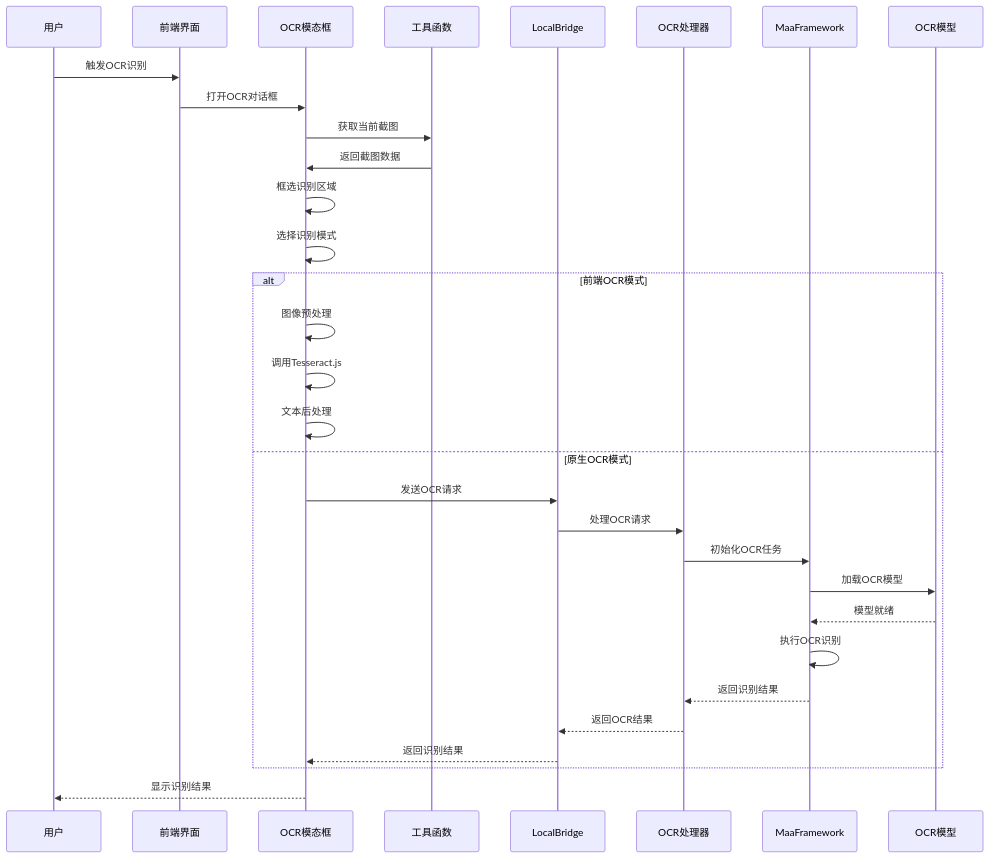
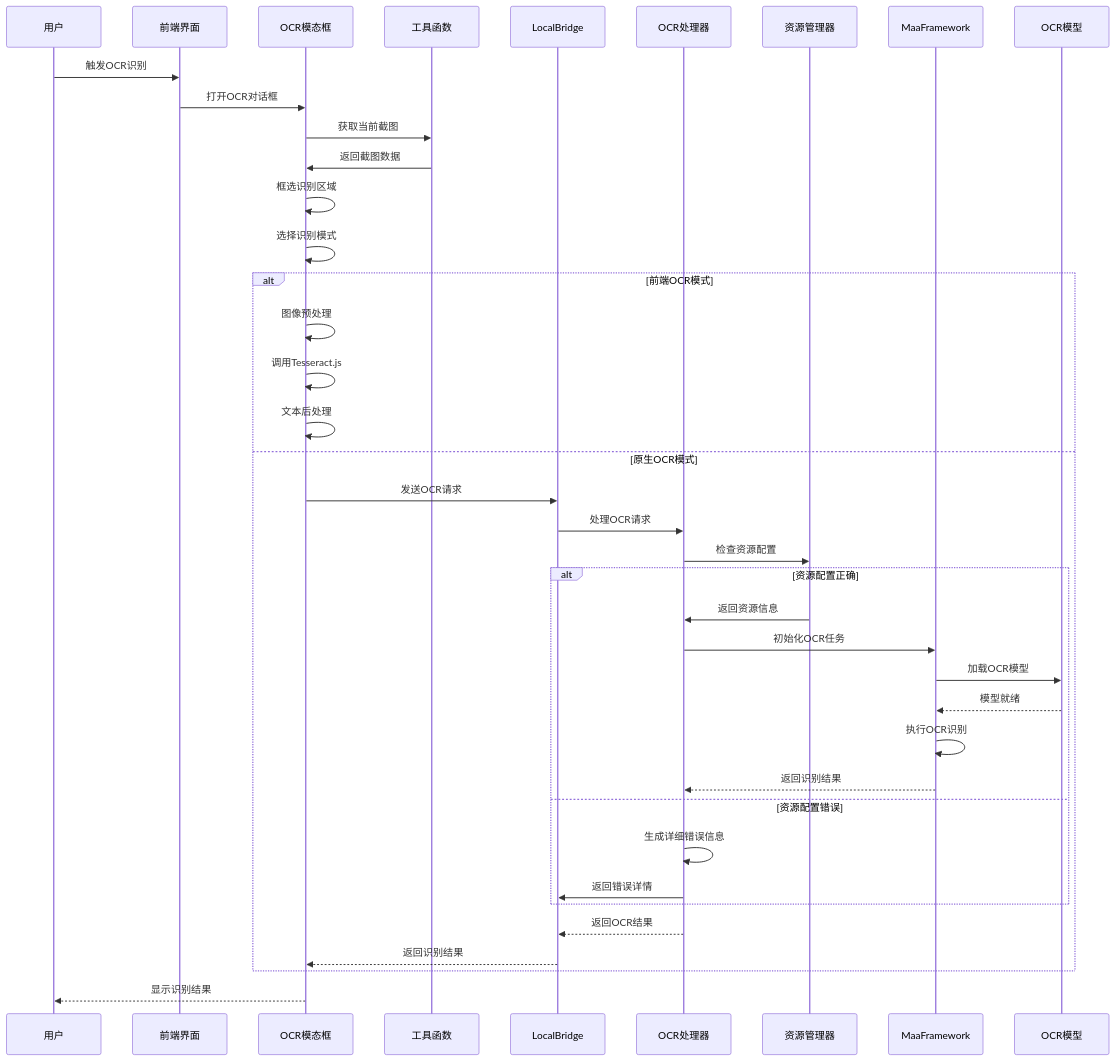
Before and after one commit to kqcoxn/MaaPipelineEditor: the third of 11 diagrams in .qoder/repowiki/zh/content/字段配置系统/字段类型定义/识别字段类型/OCR 文字识别.md, drawn with Mermaid. The commit also changed other lines of this file and 50 other files, not shown here.

````diff
--- a/.qoder/repowiki/zh/content/字段配置系统/字段类型定义/识别字段类型/OCR 文字识别.md
+++ b/.qoder/repowiki/zh/content/字段配置系统/字段类型定义/识别字段类型/OCR 文字识别.md
@@ -137,33 +152,41 @@
 ```mermaid
 sequenceDiagram
 participant User as 用户
 participant UI as 前端界面
 participant Modal as OCR模态框
 participant Utils as 工具函数
 participant LB as LocalBridge
 participant Handler as OCR处理器
+participant ResourceManager as 资源管理器
 participant FW as MaaFramework
 participant Model as OCR模型
 User->>UI : 触发OCR识别
 UI->>Modal : 打开OCR对话框
 Modal->>Utils : 获取当前截图
 Utils->>Modal : 返回截图数据
 Modal->>Modal : 框选识别区域
 Modal->>Modal : 选择识别模式
 alt 前端OCR模式
 Modal->>Modal : 图像预处理
 Modal->>Modal : 调用Tesseract.js
 Modal->>Modal : 文本后处理
 else 原生OCR模式
 Modal->>LB : 发送OCR请求
 LB->>Handler : 处理OCR请求
+Handler->>ResourceManager : 检查资源配置
+alt 资源配置正确
+ResourceManager->>Handler : 返回资源信息
 Handler->>FW : 初始化OCR任务
 FW->>Model : 加载OCR模型
 Model-->>FW : 模型就绪
 FW->>FW : 执行OCR识别
 FW-->>Handler : 返回识别结果
+else 资源配置错误
+Handler->>Handler : 生成详细错误信息
+Handler->>LB : 返回错误详情
+end
 Handler-->>LB : 返回OCR结果
 LB-->>Modal : 返回识别结果
 end
 Modal-->>User : 显示识别结果
 ```
````
